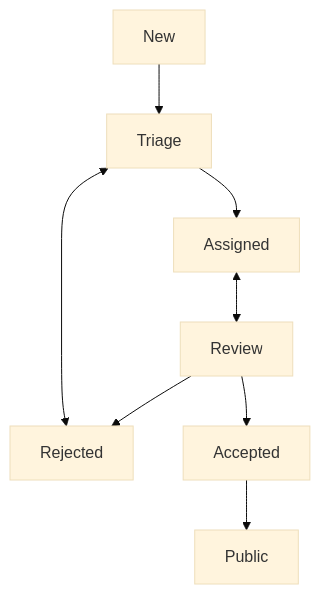
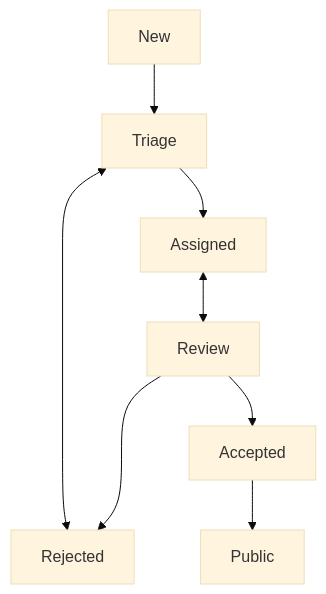
Before and after one commit to chipsalliance/Caliptra: the diagram in SECURITY.md, drawn with Mermaid (base theme).

Commit message:
improved diagram, end states are parallel

````diff
--- a/SECURITY.md
+++ b/SECURITY.md
@@ -108,10 +108,10 @@
 ```mermaid
 flowchart TB
     New --> Triage
     Triage --> Assigned
     Triage <--> Rejected
     Assigned <--> Review
-    Review --> Rejected
+    Review ---> Rejected
     Review --> Accepted
     Accepted --> Public
 ```
````
